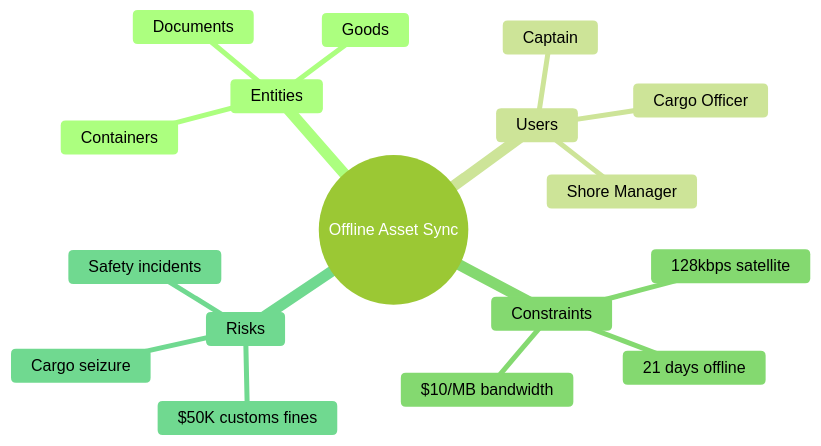
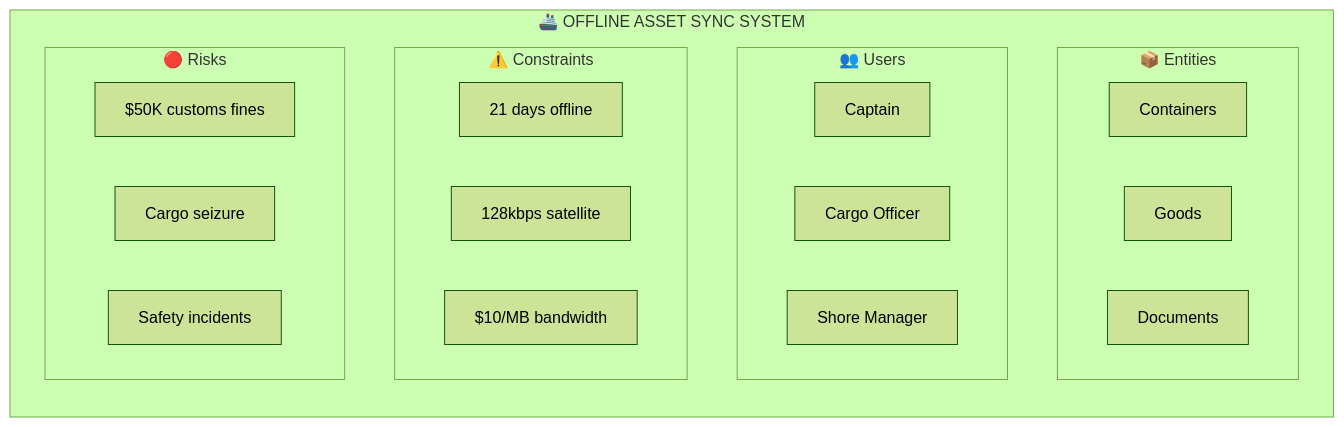
Before and after one commit to siddgawad/Offline-Asset-Synchronization: the first of 7 diagrams in 01_problem_definition.md, drawn with Mermaid (forest theme). The commit also changed other lines of this file, not shown here.

Commit message:
fix: improved diagram visibility

````diff
--- a/01_problem_definition.md
+++ b/01_problem_definition.md
@@ -5,20 +5,30 @@
 ```mermaid
-mindmap
-  root((Offline Asset Sync))
-    Entities
-      Containers
-      Goods
-      Documents
-    Users
-      Captain
-      Cargo Officer
-      Shore Manager
-    Constraints
-      21 days offline
-      128kbps satellite
-      $10/MB bandwidth
-    Risks
-      $50K customs fines
-      Cargo seizure
-      Safety incidents
+flowchart TB
+    subgraph SYSTEM["🚢 OFFLINE ASSET SYNC SYSTEM"]
+        direction TB
+        
+        subgraph ENTITIES["📦 Entities"]
+            E1["Containers"]
+            E2["Goods"]
+            E3["Documents"]
+        end
+        
+        subgraph USERS["👥 Users"]
+            U1["Captain"]
+            U2["Cargo Officer"]
+            U3["Shore Manager"]
+        end
+        
+        subgraph CONSTRAINTS["⚠️ Constraints"]
+            C1["21 days offline"]
+            C2["128kbps satellite"]
+            C3["$10/MB bandwidth"]
+        end
+        
+        subgraph RISKS["🔴 Risks"]
+            R1["$50K customs fines"]
+            R2["Cargo seizure"]
+            R3["Safety incidents"]
+        end
+    end
 ```
````
